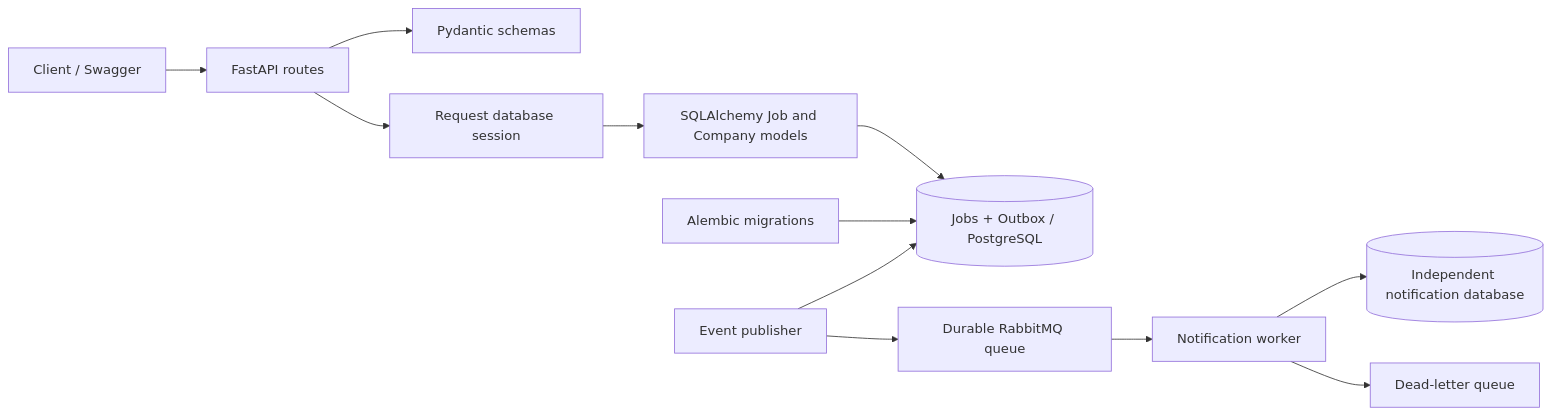
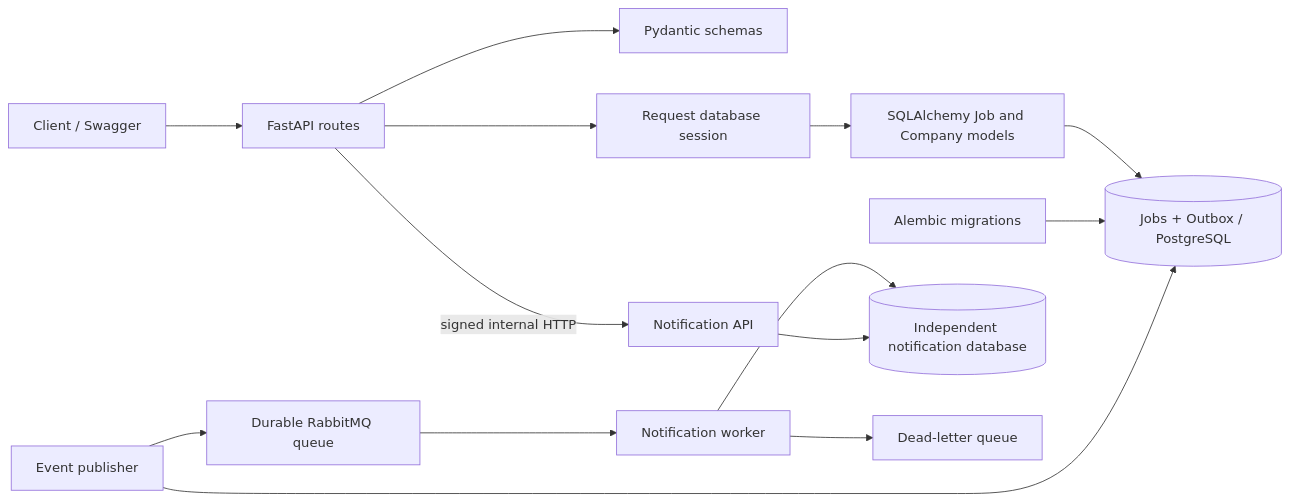
Before and after one commit to zsklav/workwise: the first of 2 diagrams in README.md, drawn with Mermaid. The commit also changed other lines of this file and 34 other files, not shown here.

Commit message:
Added notification inbox and distributed tracing

````diff
--- a/README.md
+++ b/README.md
@@ -63,14 +67,16 @@
 ```mermaid
 flowchart LR
     Client[Client / Swagger] --> API[FastAPI routes]
     API --> Validation[Pydantic schemas]
+    API -->|signed internal HTTP| InboxAPI[Notification API]
     API --> Session[Request database session]
     Session --> ORM[SQLAlchemy Job and Company models]
     ORM --> PostgreSQL[(Jobs + Outbox / PostgreSQL)]
     Alembic[Alembic migrations] --> PostgreSQL
     Publisher[Event publisher] --> PostgreSQL
     Publisher --> RabbitMQ[Durable RabbitMQ queue]
     RabbitMQ --> Worker[Notification worker]
     Worker --> Notifications[(Independent notification database)]
+    InboxAPI --> Notifications
     Worker --> DLQ[Dead-letter queue]
 ```
````
